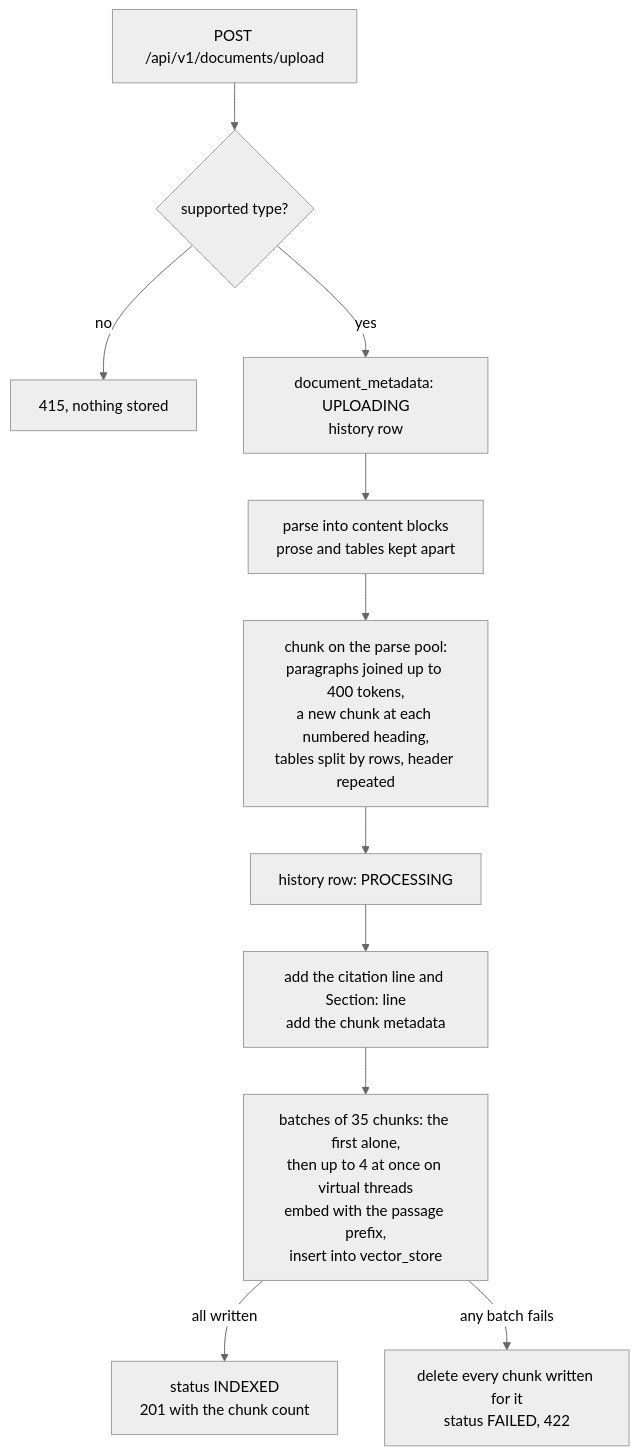
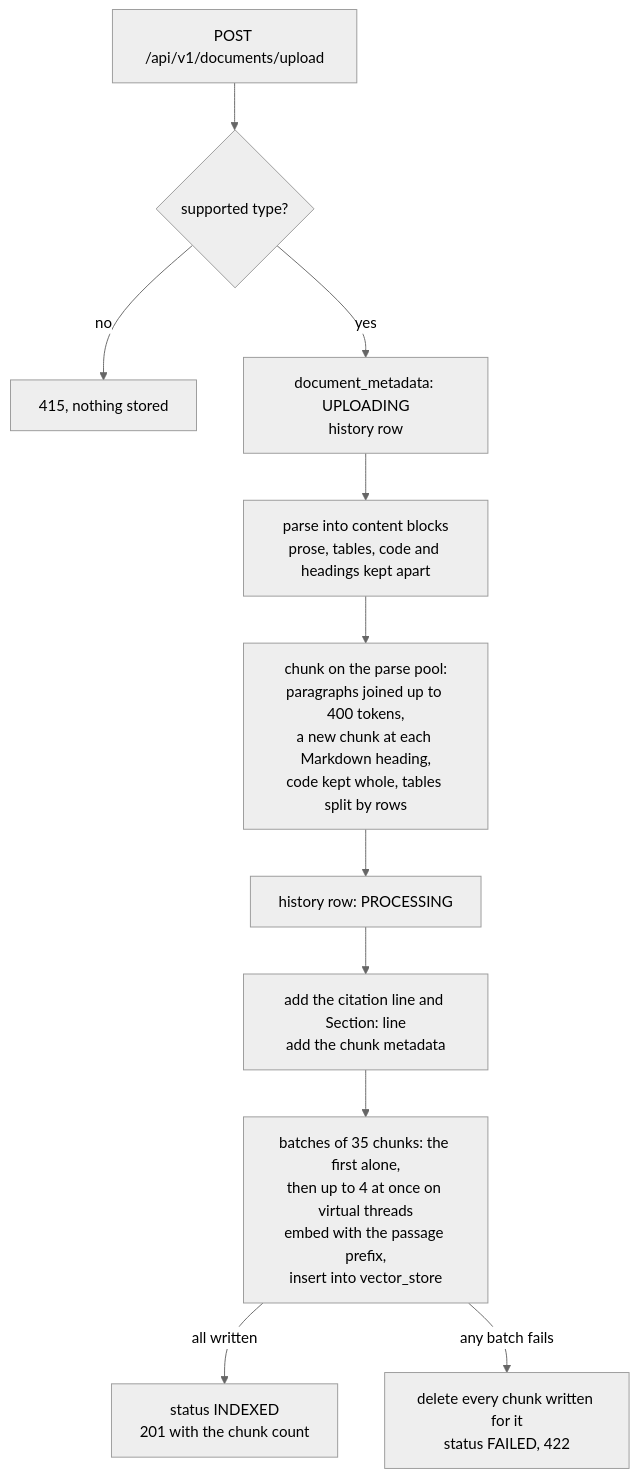
The diagram in ragr-ingest/README.md (subhanmishra/spring-ai), drawn with Mermaid (neutral theme) before and after one commit. The commit also changed other lines of this file and 18 other files, not shown here.

First line of the commit message:
Read Markdown with its own reader, and take sections only from real headings

````diff
--- a/ragr-ingest/README.md
+++ b/ragr-ingest/README.md
@@ -29,13 +32,13 @@
 ```mermaid
 flowchart TD
     up[POST /api/v1/documents/upload] --> type{supported type?}
     type -- no --> r415[415, nothing stored]
     type -- yes --> meta[document_metadata: UPLOADING<br/>history row]
-    meta --> parse[parse into content blocks<br/>prose and tables kept apart]
-    parse --> chunk[chunk on the parse pool:<br/>paragraphs joined up to 400 tokens,<br/>a new chunk at each numbered heading,<br/>tables split by rows, header repeated]
+    meta --> parse[parse into content blocks<br/>prose, tables, code and headings kept apart]
+    parse --> chunk[chunk on the parse pool:<br/>paragraphs joined up to 400 tokens,<br/>a new chunk at each Markdown heading,<br/>code kept whole, tables split by rows]
     chunk --> proc[history row: PROCESSING]
     proc --> head[add the citation line and Section: line<br/>add the chunk metadata]
     head --> batch[batches of 35 chunks: the first alone,<br/>then up to 4 at once on virtual threads<br/>embed with the passage prefix,<br/>insert into vector_store]
     batch -- all written --> ok[status INDEXED<br/>201 with the chunk count]
     batch -- any batch fails --> undo[delete every chunk written for it<br/>status FAILED, 422]
 ```
````
